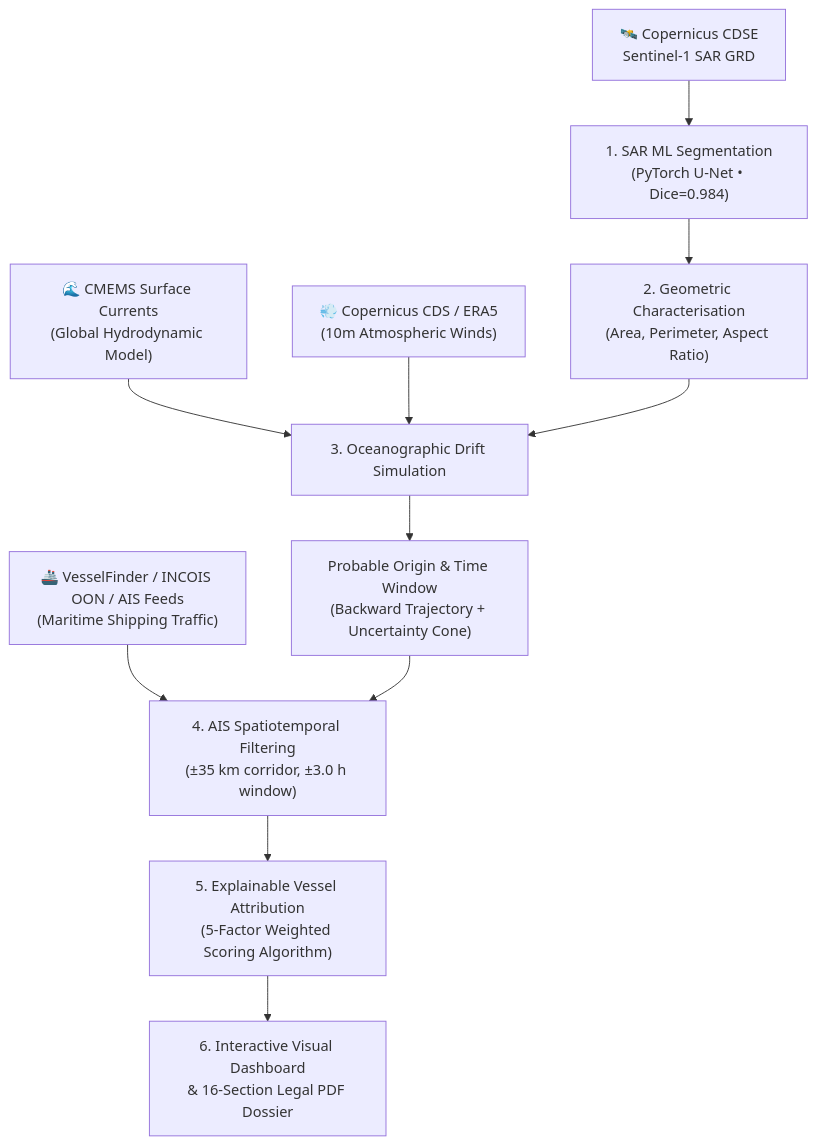
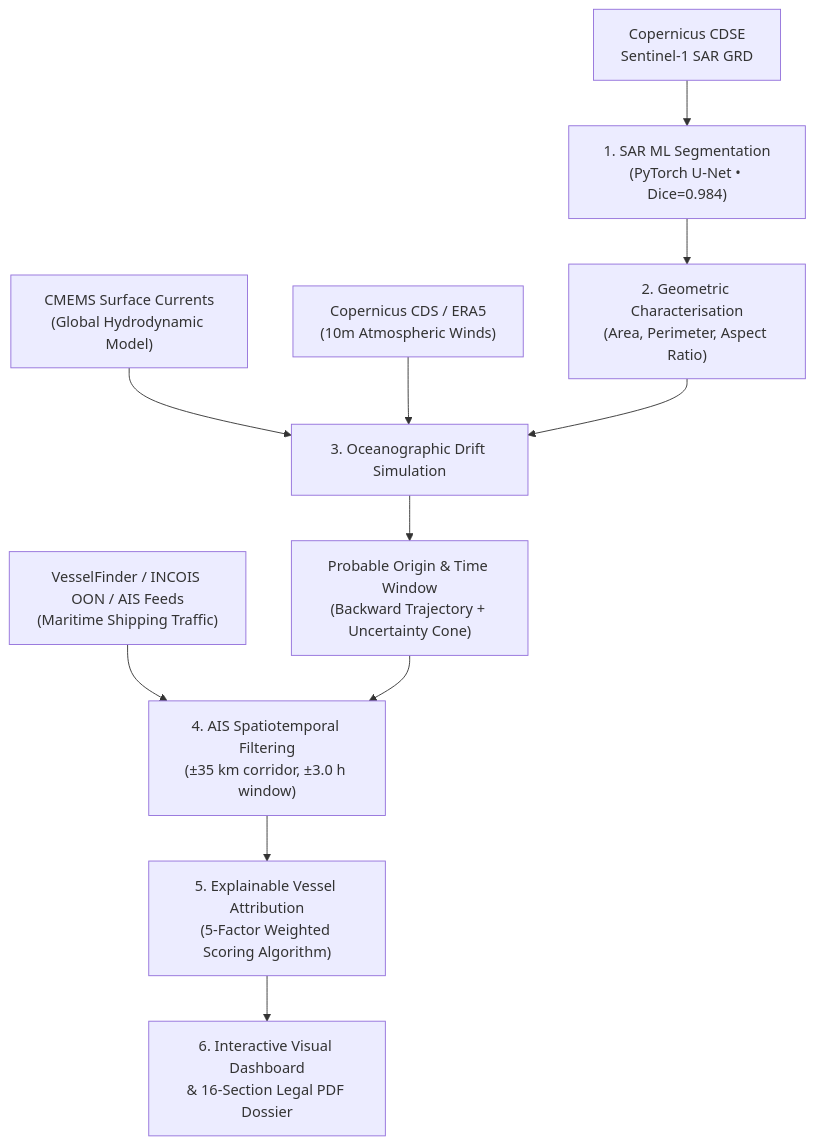
The diagram in README.md (ARUNKUMAR090907/PROJECT-ATLANTIS-SIH-26143), drawn with Mermaid before and after one commit. The commit also changed other lines of this file and 27 other files, not shown here.

````diff
--- a/README.md
+++ b/README.md
@@ -23,17 +23,17 @@
 ```mermaid
 flowchart TD
-    A["🛰️ Copernicus CDSE<br/>Sentinel-1 SAR GRD"] --> B["1. SAR ML Segmentation<br/>(PyTorch U-Net &bull; Dice=0.984)"]
+    A[" Copernicus CDSE<br/>Sentinel-1 SAR GRD"] --> B["1. SAR ML Segmentation<br/>(PyTorch U-Net &bull; Dice=0.984)"]
     B --> C["2. Geometric Characterisation<br/>(Area, Perimeter, Aspect Ratio)"]
     
-    D["🌊 CMEMS Surface Currents<br/>(Global Hydrodynamic Model)"] --> E["3. Oceanographic Drift Simulation"]
-    F["💨 Copernicus CDS / ERA5<br/>(10m Atmospheric Winds)"] --> E
+    D[" CMEMS Surface Currents<br/>(Global Hydrodynamic Model)"] --> E["3. Oceanographic Drift Simulation"]
+    F[" Copernicus CDS / ERA5<br/>(10m Atmospheric Winds)"] --> E
     
     C --> E
     E --> G["Probable Origin & Time Window<br/>(Backward Trajectory + Uncertainty Cone)"]
     
-    H["🚢 VesselFinder / INCOIS OON / AIS Feeds<br/>(Maritime Shipping Traffic)"] --> I["4. AIS Spatiotemporal Filtering<br/>(&plusmn;35 km corridor, &plusmn;3.0 h window)"]
+    H[" VesselFinder / INCOIS OON / AIS Feeds<br/>(Maritime Shipping Traffic)"] --> I["4. AIS Spatiotemporal Filtering<br/>(&plusmn;35 km corridor, &plusmn;3.0 h window)"]
     G --> I
     
     I --> J["5. Explainable Vessel Attribution<br/>(5-Factor Weighted Scoring Algorithm)"]
     J --> K["6. Interactive Visual Dashboard<br/>&amp; 16-Section Legal PDF Dossier"]
 ```
````
